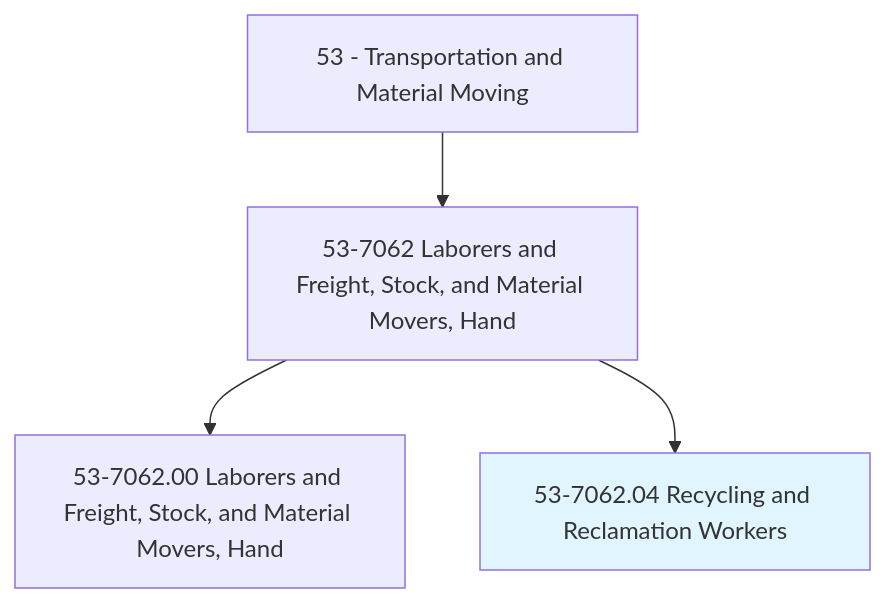
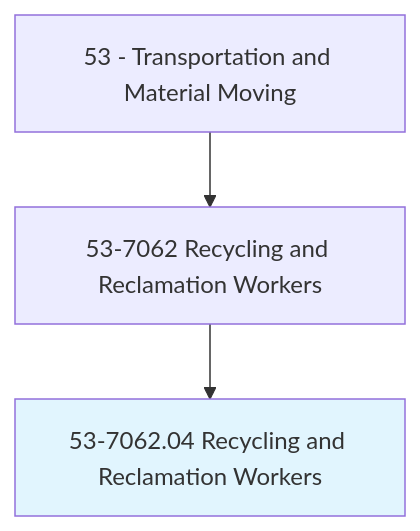
The first of 4 diagrams in occupations/Transportation/RecyclingAndReclamationWorkers.mdx (kziemski/business.org.ai), drawn with Mermaid before and after one commit. The commit also changed other lines of this file and 938 other files, not shown here.

````diff
--- a/occupations/Transportation/RecyclingAndReclamationWorkers.mdx
+++ b/occupations/Transportation/RecyclingAndReclamationWorkers.mdx
@@ -19,7 +23,6 @@
 ```mermaid
 graph TD
-    Cat53["53 - Transportation and Material Moving"] --> Group537062["53-7062 Laborers and Freight, Stock, and Material Movers, Hand"]
-    Group537062 --> Base["53-7062.00 Laborers and Freight, Stock, and Material Movers, Hand"]
+    Cat53["53 - Transportation and Material Moving"] --> Group537062["53-7062 Recycling and Reclamation Workers"]
     Group537062 --> Current["53-7062.04 Recycling and Reclamation Workers"]
     style Current fill:#e1f5fe
 ```
````
